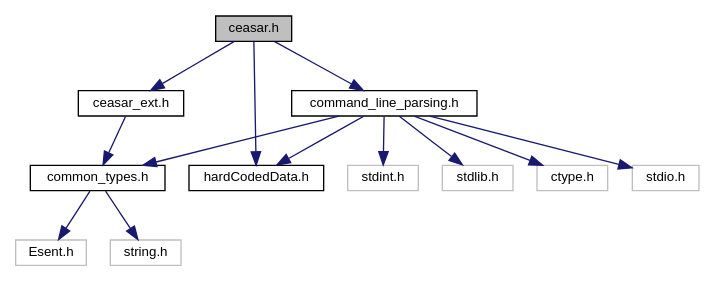
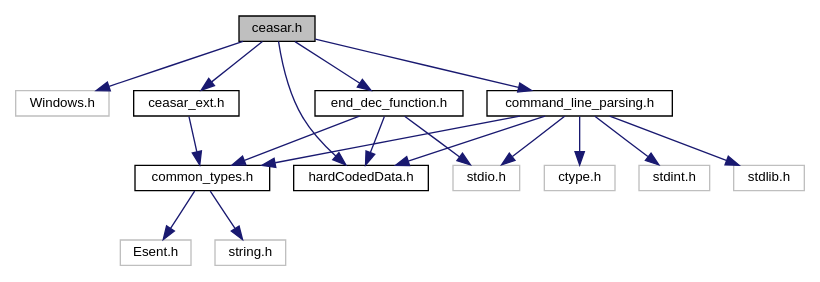
One commit to LevyMatan/ISP_ex2_doc changed the diagram in ceasar_8h__incl.dot. Above: the diagram before and after it, drawn with Graphviz. The commit also changed 145 other files, not shown here.

```diff
--- a/ceasar_8h__incl.dot
+++ b/ceasar_8h__incl.dot
@@ -1,30 +1,37 @@
 digraph "ceasar.h"
 {
  // INTERACTIVE_SVG=YES
  // LATEX_PDF_SIZE
   edge [fontname="Helvetica",fontsize="10",labelfontname="Helvetica",labelfontsize="10"];
   node [fontname="Helvetica",fontsize="10",shape=record];
-  Node1 [label="ceasar.h",height=0.2,width=0.4,color="black", fillcolor="grey75", style="filled", fontcolor="black",tooltip=" "];
+  Node1 [label="ceasar.h",height=0.2,width=0.4,color="black", fillcolor="grey75", style="filled", fontcolor="black",tooltip="Delartion of core function to construct Ceasar program from."];
   Node1 -> Node2 [color="midnightblue",fontsize="10",style="solid",fontname="Helvetica"];
-  Node2 [label="ceasar_ext.h",height=0.2,width=0.4,color="black", fillcolor="white", style="filled",URL="$ceasar__ext_8h.html",tooltip="All exposed functions and types to be used by someone who wants to call the Ceasar lib/program."];
-  Node2 -> Node3 [color="midnightblue",fontsize="10",style="solid",fontname="Helvetica"];
-  Node3 [label="common_types.h",height=0.2,width=0.4,color="black", fillcolor="white", style="filled",URL="$common__types_8h.html",tooltip="All common hardcoded data, types, and constants."];
+  Node2 [label="Windows.h",height=0.2,width=0.4,color="grey75", fillcolor="white", style="filled",tooltip=" "];
+  Node1 -> Node3 [color="midnightblue",fontsize="10",style="solid",fontname="Helvetica"];
+  Node3 [label="ceasar_ext.h",height=0.2,width=0.4,color="black", fillcolor="white", style="filled",URL="$ceasar__ext_8h.html",tooltip="All exposed functions and types to be used by someone who wants to call the Ceasar lib/program."];
   Node3 -> Node4 [color="midnightblue",fontsize="10",style="solid",fontname="Helvetica"];
-  Node4 [label="Esent.h",height=0.2,width=0.4,color="grey75", fillcolor="white", style="filled",tooltip=" "];
-  Node3 -> Node5 [color="midnightblue",fontsize="10",style="solid",fontname="Helvetica"];
-  Node5 [label="string.h",height=0.2,width=0.4,color="grey75", fillcolor="white", style="filled",tooltip=" "];
-  Node1 -> Node6 [color="midnightblue",fontsize="10",style="solid",fontname="Helvetica"];
-  Node6 [label="hardCodedData.h",height=0.2,width=0.4,color="black", fillcolor="white", style="filled",URL="$hard_coded_data_8h.html",tooltip="All common hardcoded data, types, and constants."];
+  Node4 [label="common_types.h",height=0.2,width=0.4,color="black", fillcolor="white", style="filled",URL="$common__types_8h.html",tooltip="All common hardcoded data, types, and constants."];
+  Node4 -> Node5 [color="midnightblue",fontsize="10",style="solid",fontname="Helvetica"];
+  Node5 [label="Esent.h",height=0.2,width=0.4,color="grey75", fillcolor="white", style="filled",tooltip=" "];
+  Node4 -> Node6 [color="midnightblue",fontsize="10",style="solid",fontname="Helvetica"];
+  Node6 [label="string.h",height=0.2,width=0.4,color="grey75", fillcolor="white", style="filled",tooltip=" "];
   Node1 -> Node7 [color="midnightblue",fontsize="10",style="solid",fontname="Helvetica"];
-  Node7 [label="command_line_parsing.h",height=0.2,width=0.4,color="black", fillcolor="white", style="filled",URL="$command__line__parsing_8h.html",tooltip=" "];
+  Node7 [label="end_dec_function.h",height=0.2,width=0.4,color="black", fillcolor="white", style="filled",URL="$end__dec__function_8h.html",tooltip="//TODO: Vladimir"];
   Node7 -> Node8 [color="midnightblue",fontsize="10",style="solid",fontname="Helvetica"];
-  Node8 [label="ctype.h",height=0.2,width=0.4,color="grey75", fillcolor="white", style="filled",tooltip=" "];
+  Node8 [label="stdio.h",height=0.2,width=0.4,color="grey75", fillcolor="white", style="filled",tooltip=" "];
   Node7 -> Node9 [color="midnightblue",fontsize="10",style="solid",fontname="Helvetica"];
-  Node9 [label="stdio.h",height=0.2,width=0.4,color="grey75", fillcolor="white", style="filled",tooltip=" "];
-  Node7 -> Node10 [color="midnightblue",fontsize="10",style="solid",fontname="Helvetica"];
-  Node10 [label="stdint.h",height=0.2,width=0.4,color="grey75", fillcolor="white", style="filled",tooltip=" "];
-  Node7 -> Node11 [color="midnightblue",fontsize="10",style="solid",fontname="Helvetica"];
-  Node11 [label="stdlib.h",height=0.2,width=0.4,color="grey75", fillcolor="white", style="filled",tooltip=" "];
-  Node7 -> Node6 [color="midnightblue",fontsize="10",style="solid",fontname="Helvetica"];
-  Node7 -> Node3 [color="midnightblue",fontsize="10",style="solid",fontname="Helvetica"];
+  Node9 [label="hardCodedData.h",height=0.2,width=0.4,color="black", fillcolor="white", style="filled",URL="$hard_coded_data_8h.html",tooltip="All common hardcoded data, types, and constants."];
+  Node7 -> Node4 [color="midnightblue",fontsize="10",style="solid",fontname="Helvetica"];
+  Node1 -> Node9 [color="midnightblue",fontsize="10",style="solid",fontname="Helvetica"];
+  Node1 -> Node10 [color="midnightblue",fontsize="10",style="solid",fontname="Helvetica"];
+  Node10 [label="command_line_parsing.h",height=0.2,width=0.4,color="black", fillcolor="white", style="filled",URL="$command__line__parsing_8h.html",tooltip="Decleration and defenitions of all command line parsing related function and macros."];
+  Node10 -> Node11 [color="midnightblue",fontsize="10",style="solid",fontname="Helvetica"];
+  Node11 [label="ctype.h",height=0.2,width=0.4,color="grey75", fillcolor="white", style="filled",tooltip=" "];
+  Node10 -> Node8 [color="midnightblue",fontsize="10",style="solid",fontname="Helvetica"];
+  Node10 -> Node12 [color="midnightblue",fontsize="10",style="solid",fontname="Helvetica"];
+  Node12 [label="stdint.h",height=0.2,width=0.4,color="grey75", fillcolor="white", style="filled",tooltip=" "];
+  Node10 -> Node13 [color="midnightblue",fontsize="10",style="solid",fontname="Helvetica"];
+  Node13 [label="stdlib.h",height=0.2,width=0.4,color="grey75", fillcolor="white", style="filled",tooltip=" "];
+  Node10 -> Node9 [color="midnightblue",fontsize="10",style="solid",fontname="Helvetica"];
+  Node10 -> Node4 [color="midnightblue",fontsize="10",style="solid",fontname="Helvetica"];
 }
```
